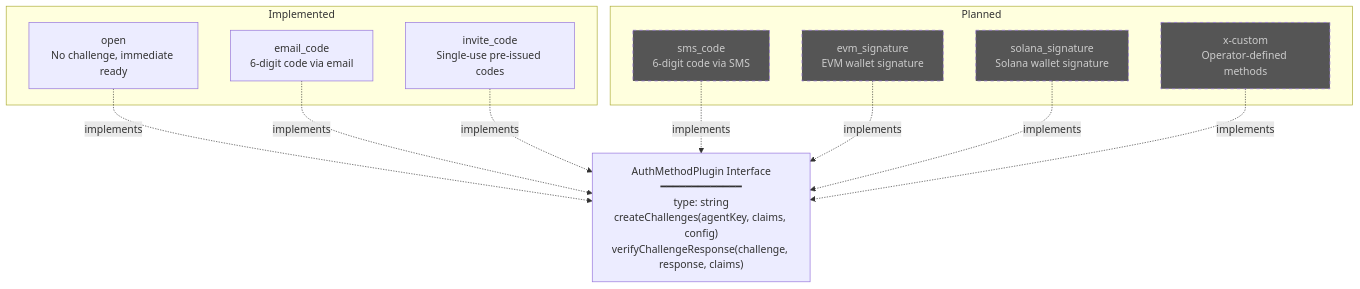
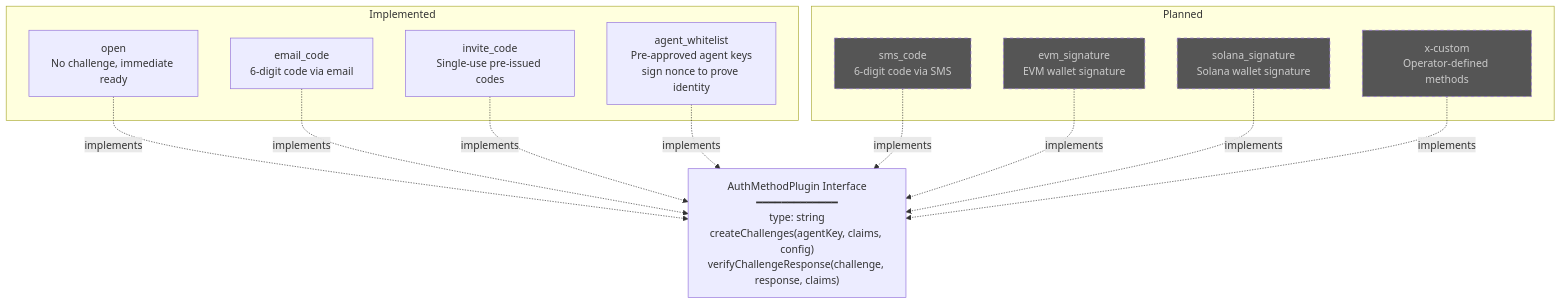
The eighth of 9 diagrams in ARCHITECTURE.md (unytco/joining-service), drawn with Mermaid before and after one commit. The commit also changed other lines of this file and 10 other files, not shown here.

First line of the commit message:
feat: add OR challenge groups and agent_whitelist auth method

````diff
--- a/ARCHITECTURE.md
+++ b/ARCHITECTURE.md
@@ -388,30 +404,32 @@
 ```mermaid
 graph TB
     subgraph "Implemented"
         Open["open<br/>No challenge, immediate ready"]
         EmailCode["email_code<br/>6-digit code via email"]
         InviteCode["invite_code<br/>Single-use pre-issued codes"]
+        AgentWL["agent_whitelist<br/>Pre-approved agent keys<br/>sign nonce to prove identity"]
     end
 
     subgraph "Planned"
         SMS["sms_code<br/>6-digit code via SMS"]
         EVM["evm_signature<br/>EVM wallet signature"]
         Solana["solana_signature<br/>Solana wallet signature"]
         Custom["x-custom<br/>Operator-defined methods"]
     end
 
     Interface["AuthMethodPlugin Interface<br/>━━━━━━━━━━━━━<br/>type: string<br/>createChallenges(agentKey, claims, config)<br/>verifyChallengeResponse(challenge, response, claims)"]
 
     Open -.->|implements| Interface
     EmailCode -.->|implements| Interface
     InviteCode -.->|implements| Interface
+    AgentWL -.->|implements| Interface
     SMS -.->|implements| Interface
     EVM -.->|implements| Interface
     Solana -.->|implements| Interface
     Custom -.->|implements| Interface
 
     style SMS fill:#555,color:#ccc,stroke-dasharray: 5 5
     style EVM fill:#555,color:#ccc,stroke-dasharray: 5 5
     style Solana fill:#555,color:#ccc,stroke-dasharray: 5 5
     style Custom fill:#555,color:#ccc,stroke-dasharray: 5 5
 ```
````
